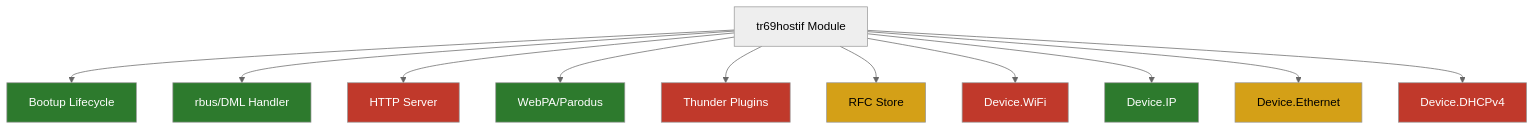
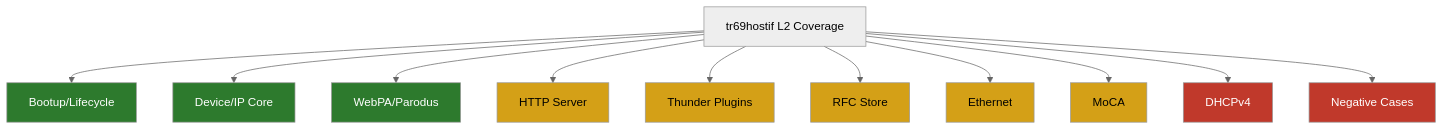
Before and after one commit to rdkcentral/tr69hostif: the first of 2 diagrams in test/docs/L2_Test_Coverage.md, drawn with Mermaid (neutral theme). The commit also changed other lines of this file and 2 other files, not shown here.

First line of the commit message:
updated the L2_Test_Coverage.md (#504)

````diff
--- a/test/docs/L2_Test_Coverage.md
+++ b/test/docs/L2_Test_Coverage.md
@@ -174,24 +273,24 @@
 ```mermaid
 graph TD
-    A[tr69hostif Module] --> B[Bootup Lifecycle]
-    A --> C[rbus/DML Handler]
-    A --> D[HTTP Server]
-    A --> E[WebPA/Parodus]
+    A[tr69hostif L2 Coverage] --> B[Bootup/Lifecycle]
+    A --> C[Device/IP Core]
+    A --> D[WebPA/Parodus]
+    A --> E[HTTP Server]
     A --> F[Thunder Plugins]
     A --> G[RFC Store]
-    A --> H[Device.WiFi]
-    A --> I[Device.IP]
-    A --> J[Device.Ethernet]
-    A --> K[Device.DHCPv4]
+    A --> H[Ethernet]
+    A --> I[MoCA]
+    A --> J[DHCPv4]
+    A --> K[Negative Cases]
 
     style B fill:#2d7a2d,color:#fff
     style C fill:#2d7a2d,color:#fff
-    style E fill:#2d7a2d,color:#fff
+    style D fill:#2d7a2d,color:#fff
+    style E fill:#d4a017,color:#000
+    style F fill:#d4a017,color:#000
     style G fill:#d4a017,color:#000
-    style I fill:#2d7a2d,color:#fff
-    style D fill:#c0392b,color:#fff
-    style F fill:#c0392b,color:#fff
-    style H fill:#c0392b,color:#fff
-    style J fill:#d4a017,color:#000
+    style H fill:#d4a017,color:#000
+    style I fill:#d4a017,color:#000
+    style J fill:#c0392b,color:#fff
     style K fill:#c0392b,color:#fff
 ```
````
